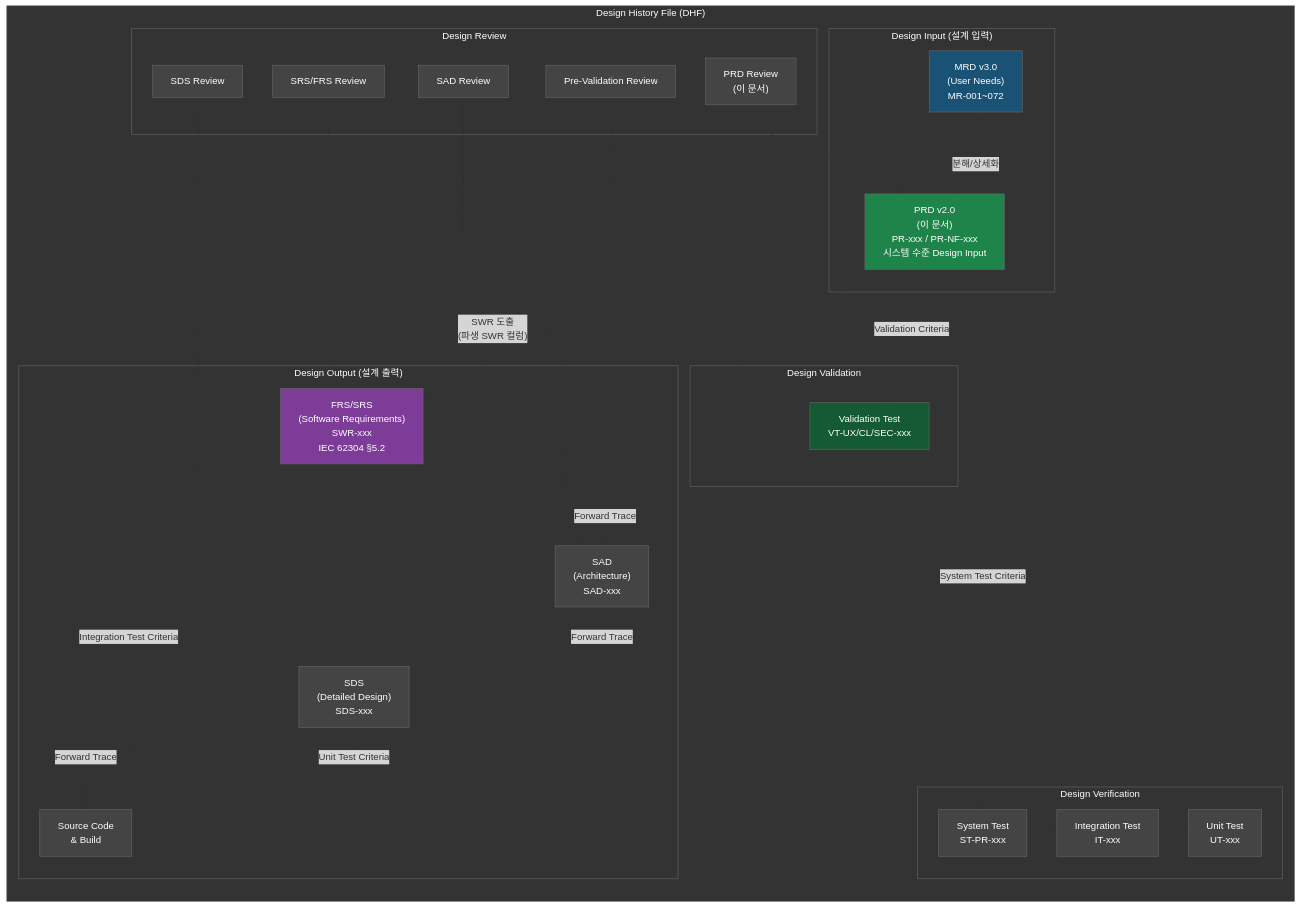
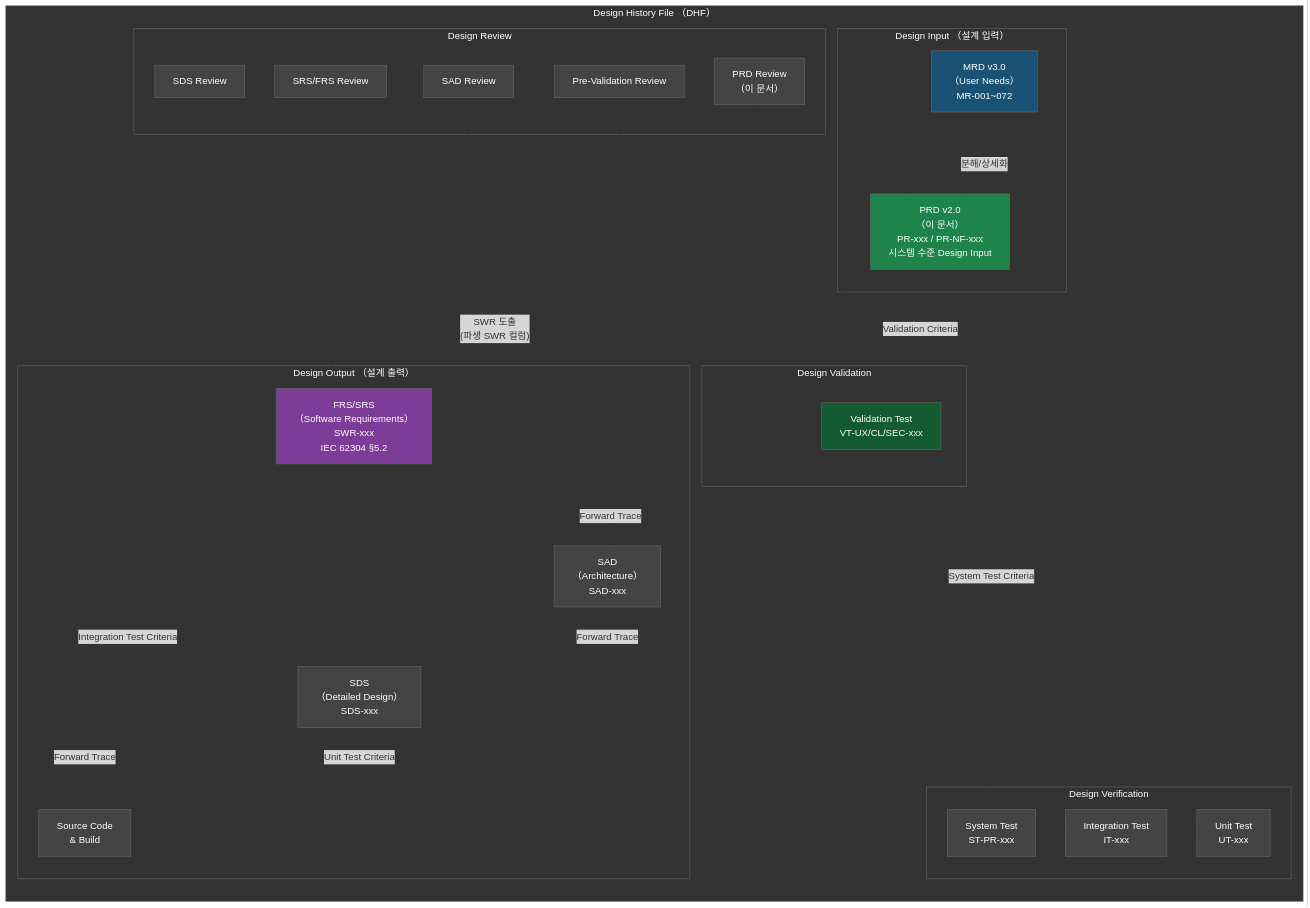
Before and after one commit to holee9/console-gui: diagram 15 of 16 in docs/planning/DOC-002_PRD_v2.0.md, drawn with Mermaid. The commit also changed other lines of this file and 22 other files, not shown here.

First line of the commit message:
fix: Mermaid flowchart 노드 내 괄호 파싱 오류 전면 수정

````diff
--- a/docs/planning/DOC-002_PRD_v2.0.md
+++ b/docs/planning/DOC-002_PRD_v2.0.md
@@ -1414,64 +1414,64 @@
 ```mermaid
 flowchart LR
     classDef default fill:#444,stroke:#666,color:#fff
-    subgraph DHF["Design History File (DHF)"]
-        subgraph DI["Design Input (설계 입력)"]
-            MRD["MRD v3.0\n(User Needs)\nMR-001~072"]
-            PRD_DOC["PRD v2.0\n(이 문서)\nPR-xxx / PR-NF-xxx\n시스템 수준 Design Input"]
+    subgraph DHF["Design History File （DHF）"]
+        subgraph DI["Design Input （설계 입력）"]
+            MRD["MRD v3.0\n（User Needs）\nMR-001~072"]
+            PRD_DOC["PRD v2.0\n（이 문서）\nPR-xxx / PR-NF-xxx\n시스템 수준 Design Input"]
         end
 
-        subgraph DO["Design Output (설계 출력)"]
-            FRS["FRS/SRS\n(Software Requirements)\nSWR-xxx\nIEC 62304 §5.2"]
-            SAD["SAD\n(Architecture)\nSAD-xxx"]
-            SDS["SDS\n(Detailed Design)\nSDS-xxx"]
+        subgraph DO["Design Output （설계 출력）"]
+            FRS["FRS/SRS\n（Software Requirements）\nSWR-xxx\nIEC 62304 §5.2"]
+            SAD["SAD\n（Architecture）\nSAD-xxx"]
+            SDS["SDS\n（Detailed Design）\nSDS-xxx"]
             CODE["Source Code\n& Build"]
         end
 
         subgraph DV["Design Verification"]
             UT["Unit Test\nUT-xxx"]
             IT["Integration Test\nIT-xxx"]
             ST["System Test\nST-PR-xxx"]
         end
 
         subgraph DVA["Design Validation"]
             VT["Validation Test\nVT-UX/CL/SEC-xxx"]
         end
 
         subgraph DR["Design Review"]
-            DR1["PRD Review\n(이 문서)"]
+            DR1["PRD Review\n（이 문서）"]
             DR2["SRS/FRS Review"]
             DR3["SAD Review"]
             DR4["SDS Review"]
             DR5["Pre-Validation Review"]
         end
     end
 
     MRD -->|"분해/상세화"| PRD_DOC
     PRD_DOC -->|"SWR 도출\n(파생 SWR 컬럼)"| FRS
     FRS -->|"Forward Trace"| SAD
     SAD -->|"Forward Trace"| SDS
     SDS -->|"Forward Trace"| CODE
 
     PRD_DOC -.->|"System Test Criteria"| ST
     FRS -.->|"Integration Test Criteria"| IT
     SDS -.->|"Unit Test Criteria"| UT
 
     PRD_DOC -.->|"Validation Criteria"| VT
 
     DR1 --> PRD_DOC
     DR2 --> FRS
     DR3 --> SAD
     DR4 --> SDS
     DR5 --> VT
 
     style PRD_DOC fill:#1e8449,color:#fff
     style MRD fill:#1a5276,color:#fff
     style FRS fill:#7d3c98,color:#fff
     style VT fill:#145a32,color:#fff
     style DHF fill:#333,stroke:#666,color:#fff
     style DI fill:#333,stroke:#666,color:#fff
     style DO fill:#333,stroke:#666,color:#fff
     style DV fill:#333,stroke:#666,color:#fff
     style DVA fill:#333,stroke:#666,color:#fff
     style DR fill:#333,stroke:#666,color:#fff
 ```
````
